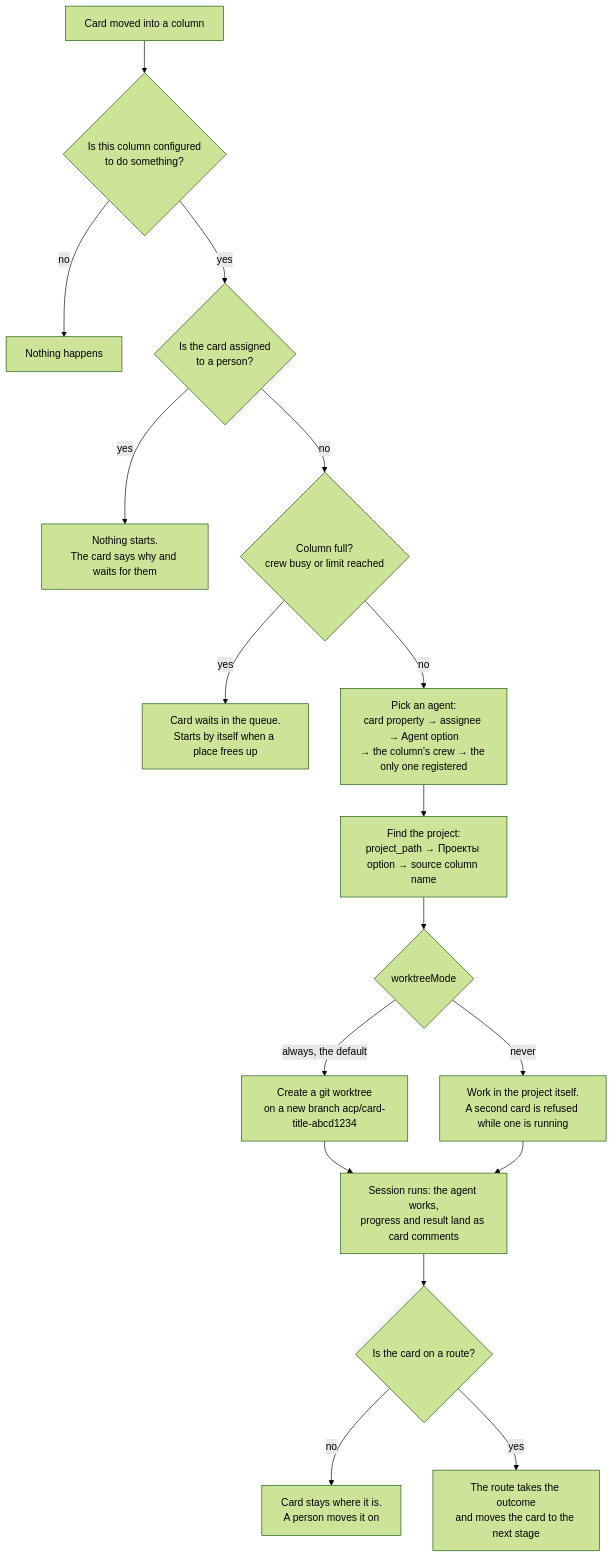
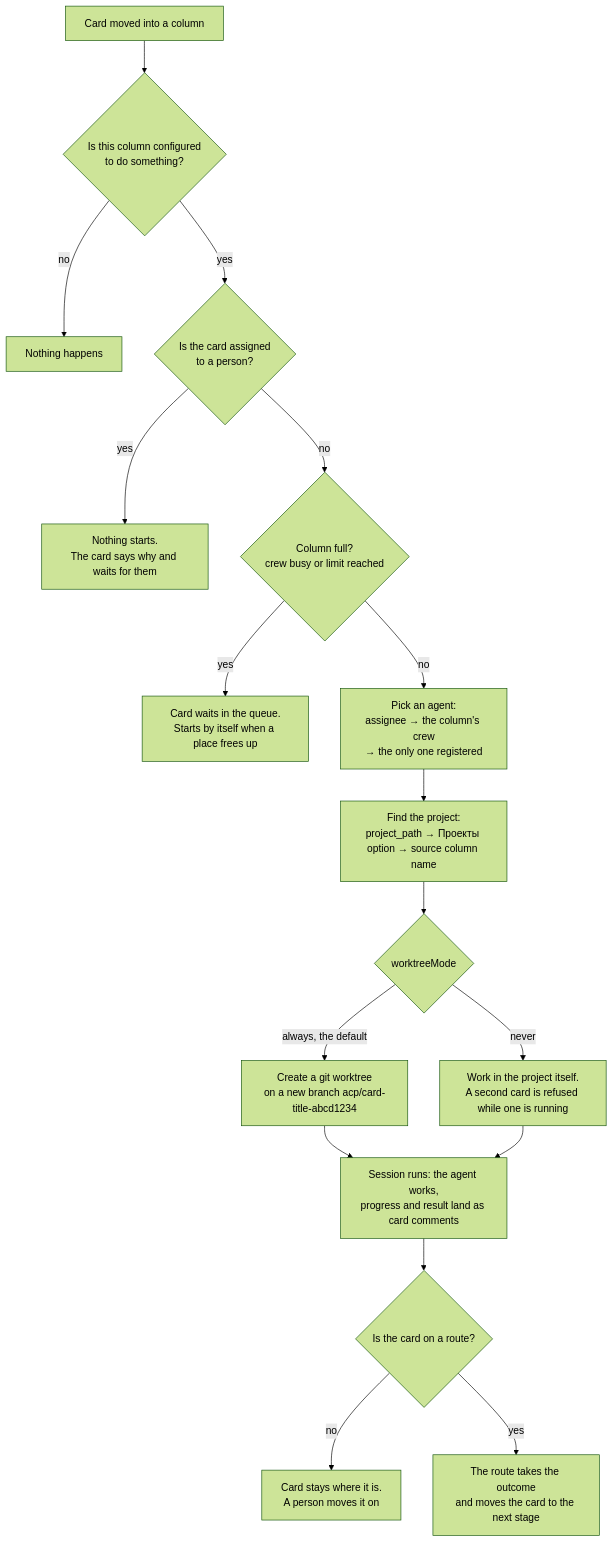
Before and after one commit to artipop/xciii: the first of 5 diagrams in docs/flows.md, drawn with Mermaid (forest theme). The commit also changed other lines of this file and 128 other files, not shown here.

````diff
--- a/docs/flows.md
+++ b/docs/flows.md
@@ -128,19 +158,19 @@
 ```mermaid
 flowchart TD
     A["Card moved into a column"] --> B{"Is this column configured<br/>to do something?"}
     B -- no --> Z["Nothing happens"]
     B -- yes --> C{"Is the card assigned<br/>to a person?"}
     C -- yes --> Z2["Nothing starts.<br/>The card says why and waits for them"]
     C -- no --> D{"Column full?<br/>crew busy or limit reached"}
     D -- yes --> Q["Card waits in the queue.<br/>Starts by itself when a place frees up"]
-    D -- no --> E["Pick an agent:<br/>card property → assignee → Agent option<br/>→ the column's crew → the only one registered"]
+    D -- no --> E["Pick an agent:<br/>assignee → the column's crew<br/>→ the only one registered"]
     E --> F["Find the project:<br/>project_path → Проекты option → source column name"]
     F --> G{"worktreeMode"}
     G -- always, the default --> H["Create a git worktree<br/>on a new branch acp/card-title-abcd1234"]
     G -- never --> I["Work in the project itself.<br/>A second card is refused while one is running"]
     H --> J["Session runs: the agent works,<br/>progress and result land as card comments"]
     I --> J
     J --> K{"Is the card on a route?"}
     K -- no --> L["Card stays where it is.<br/>A person moves it on"]
     K -- yes --> M["The route takes the outcome<br/>and moves the card to the next stage"]
 ```
````
